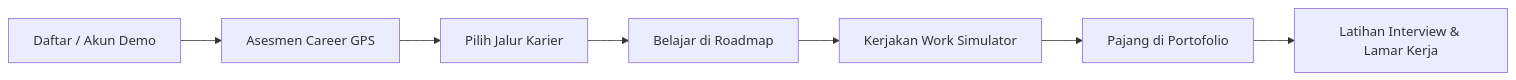
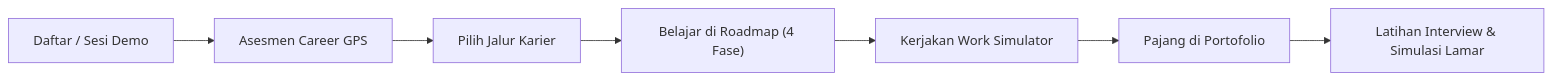
Before and after one commit to AditTempest25/Career-Path: the diagram in README.md, drawn with Mermaid. The commit also changed other lines of this file and 48 other files, not shown here.

````diff
--- a/README.md
+++ b/README.md
@@ -35,9 +35,9 @@
 ```mermaid
 flowchart LR
-    A["Daftar / Akun Demo"] --> B["Asesmen Career GPS"]
+    A["Daftar / Sesi Demo"] --> B["Asesmen Career GPS"]
     B --> C["Pilih Jalur Karier"]
-    C --> D["Belajar di Roadmap"]
+    C --> D["Belajar di Roadmap (4 Fase)"]
     D --> E["Kerjakan Work Simulator"]
     E --> F["Pajang di Portofolio"]
-    F --> G["Latihan Interview & Lamar Kerja"]
+    F --> G["Latihan Interview & Simulasi Lamar"]
 ```
````
